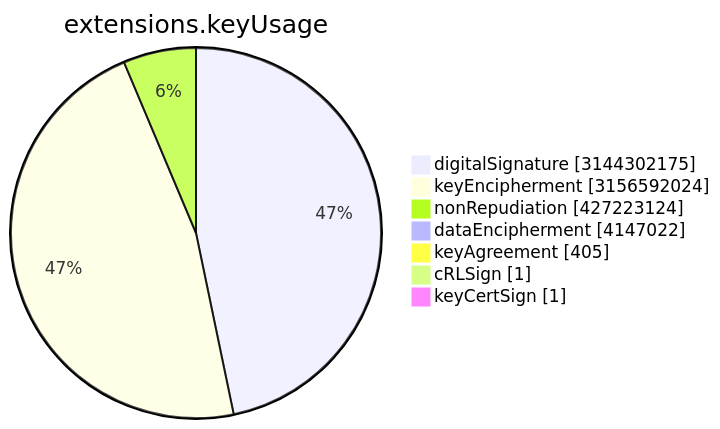
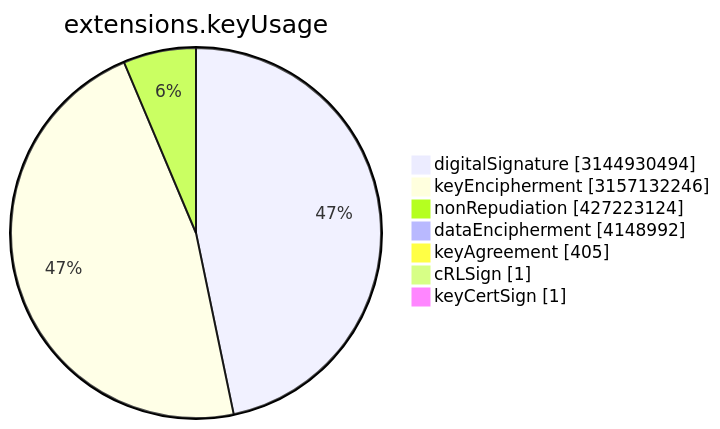
Before and after one commit to christiankrug/ctmonitor_visualization: the sixth of 15 diagrams in TOTAL/README.md, drawn with Mermaid. The commit also changed other lines of this file, not shown here.

````diff
--- a/TOTAL/README.md
+++ b/TOTAL/README.md
@@ -3077,11 +3077,11 @@
 ```mermaid
 pie showData
 title extensions.keyUsage
-"digitalSignature" :3144302175
-"keyEncipherment" :3156592024
+"digitalSignature" :3144930494
+"keyEncipherment" :3157132246
 "nonRepudiation" :427223124
-"dataEncipherment" :4147022
+"dataEncipherment" :4148992
 "keyAgreement" :405
 "cRLSign" :1
 "keyCertSign" :1
 ```
````
